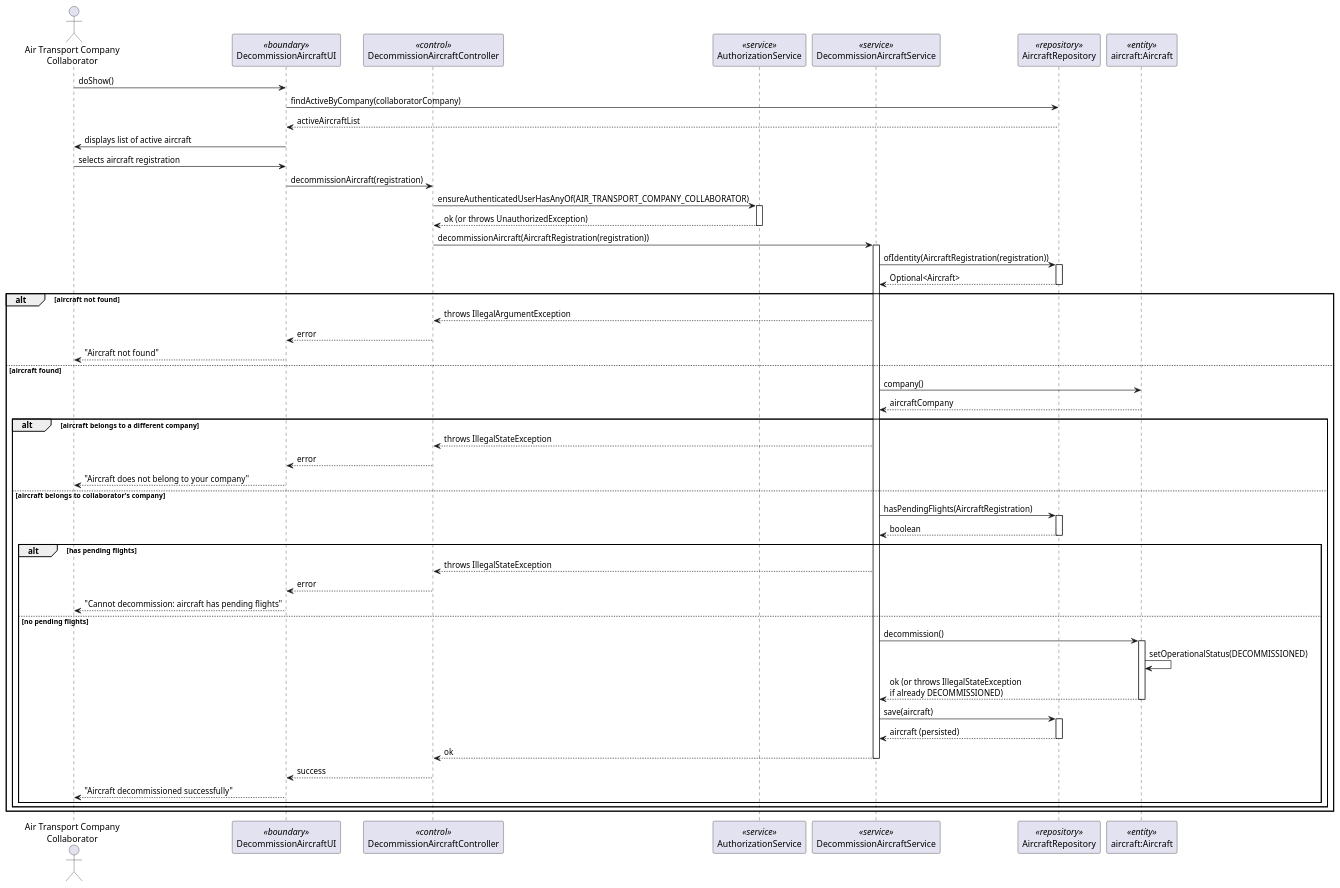
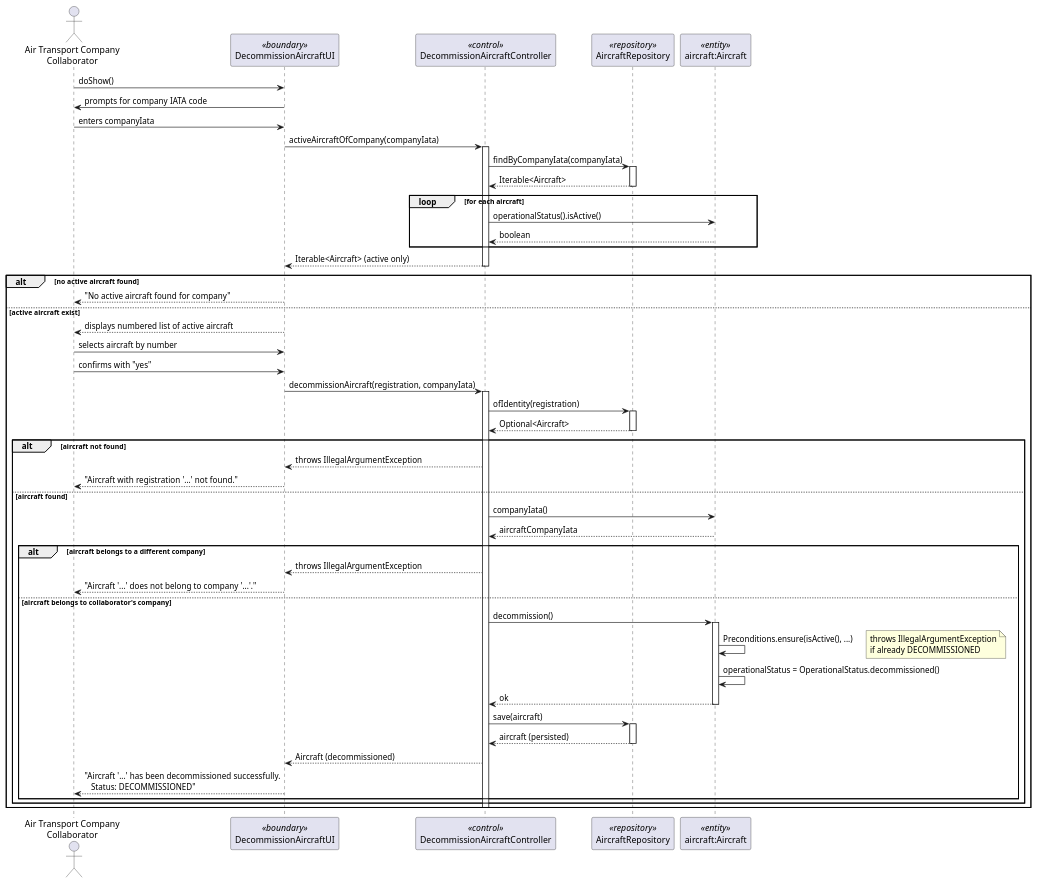
One commit to DuartePinto1240/sem4pi2526-sem4pi2526_2da2 changed the diagram in docs/Sprint 2/EAPLI/US071/puml/US071-sequence-diagram.puml. Above: the diagram before and after it, drawn with PlantUML. The commit also changed 27 other files, not shown here.

```diff
--- a/docs/Sprint 2/EAPLI/US071/puml/US071-sequence-diagram.puml
+++ b/docs/Sprint 2/EAPLI/US071/puml/US071-sequence-diagram.puml
@@ -1,78 +1,77 @@
 @startuml US071-sequence-diagram
 actor "Air Transport Company\nCollaborator" as ATCC
 participant DecommissionAircraftUI as UI <<boundary>>
 participant DecommissionAircraftController as CTRL <<control>>
-participant AuthorizationService as AUTHZ <<service>>
-participant DecommissionAircraftService as SVC <<service>>
 participant AircraftRepository as REPO <<repository>>
 participant "aircraft:Aircraft" as AIRCRAFT <<entity>>
 
 ATCC -> UI : doShow()
-UI -> REPO : findActiveByCompany(collaboratorCompany)
-REPO --> UI : activeAircraftList
-UI -> ATCC : displays list of active aircraft
 
-ATCC -> UI : selects aircraft registration
+UI -> ATCC : prompts for company IATA code
+ATCC -> UI : enters companyIata
 
-UI -> CTRL : decommissionAircraft(registration)
+UI -> CTRL : activeAircraftOfCompany(companyIata)
+activate CTRL
+  CTRL -> REPO : findByCompanyIata(companyIata)
+  activate REPO
+  REPO --> CTRL : Iterable<Aircraft>
+  deactivate REPO
 
-CTRL -> AUTHZ : ensureAuthenticatedUserHasAnyOf(AIR_TRANSPORT_COMPANY_COLLABORATOR)
-activate AUTHZ
-AUTHZ --> CTRL : ok (or throws UnauthorizedException)
-deactivate AUTHZ
+  loop for each aircraft
+    CTRL -> AIRCRAFT : operationalStatus().isActive()
+    AIRCRAFT --> CTRL : boolean
+  end
 
-CTRL -> SVC : decommissionAircraft(AircraftRegistration(registration))
-activate SVC
+  CTRL --> UI : Iterable<Aircraft> (active only)
+deactivate CTRL
 
-SVC -> REPO : ofIdentity(AircraftRegistration(registration))
-activate REPO
-REPO --> SVC : Optional<Aircraft>
-deactivate REPO
+alt no active aircraft found
+  UI --> ATCC : "No active aircraft found for company"
+else active aircraft exist
+  UI --> ATCC : displays numbered list of active aircraft
 
-alt aircraft not found
-  SVC --> CTRL : throws IllegalArgumentException
-  CTRL --> UI : error
-  UI --> ATCC : "Aircraft not found"
-else aircraft found
+  ATCC -> UI : selects aircraft by number
+  ATCC -> UI : confirms with "yes"
 
-  SVC -> AIRCRAFT : company()
-  AIRCRAFT --> SVC : aircraftCompany
+  UI -> CTRL : decommissionAircraft(registration, companyIata)
+  activate CTRL
 
-  alt aircraft belongs to a different company
-    SVC --> CTRL : throws IllegalStateException
-    CTRL --> UI : error
-    UI --> ATCC : "Aircraft does not belong to your company"
-  else aircraft belongs to collaborator's company
-
-    SVC -> REPO : hasPendingFlights(AircraftRegistration)
+    CTRL -> REPO : ofIdentity(registration)
     activate REPO
-    REPO --> SVC : boolean
+    REPO --> CTRL : Optional<Aircraft>
     deactivate REPO
 
-    alt has pending flights
-      SVC --> CTRL : throws IllegalStateException
-      CTRL --> UI : error
-      UI --> ATCC : "Cannot decommission: aircraft has pending flights"
-    else no pending flights
+    alt aircraft not found
+      CTRL --> UI : throws IllegalArgumentException
+      UI --> ATCC : "Aircraft with registration '...' not found."
+    else aircraft found
 
-      SVC -> AIRCRAFT : decommission()
-      activate AIRCRAFT
-      AIRCRAFT -> AIRCRAFT : setOperationalStatus(DECOMMISSIONED)
-      AIRCRAFT --> SVC : ok (or throws IllegalStateException\nif already DECOMMISSIONED)
-      deactivate AIRCRAFT
+      CTRL -> AIRCRAFT : companyIata()
+      AIRCRAFT --> CTRL : aircraftCompanyIata
 
-      SVC -> REPO : save(aircraft)
-      activate REPO
-      REPO --> SVC : aircraft (persisted)
-      deactivate REPO
+      alt aircraft belongs to a different company
+        CTRL --> UI : throws IllegalArgumentException
+        UI --> ATCC : "Aircraft '...' does not belong to company '...'."
+      else aircraft belongs to collaborator's company
 
-      SVC --> CTRL : ok
-      deactivate SVC
+        CTRL -> AIRCRAFT : decommission()
+        activate AIRCRAFT
+          AIRCRAFT -> AIRCRAFT : Preconditions.ensure(isActive(), ...)
+          note right: throws IllegalArgumentException\nif already DECOMMISSIONED
+          AIRCRAFT -> AIRCRAFT : operationalStatus = OperationalStatus.decommissioned()
+          AIRCRAFT --> CTRL : ok
+        deactivate AIRCRAFT
 
-      CTRL --> UI : success
-      UI --> ATCC : "Aircraft decommissioned successfully"
+        CTRL -> REPO : save(aircraft)
+        activate REPO
+        REPO --> CTRL : aircraft (persisted)
+        deactivate REPO
+
+        CTRL --> UI : Aircraft (decommissioned)
+        UI --> ATCC : "Aircraft '...' has been decommissioned successfully.\n   Status: DECOMMISSIONED"
+      end
     end
-  end
+  deactivate CTRL
 end
 
 @enduml
```
